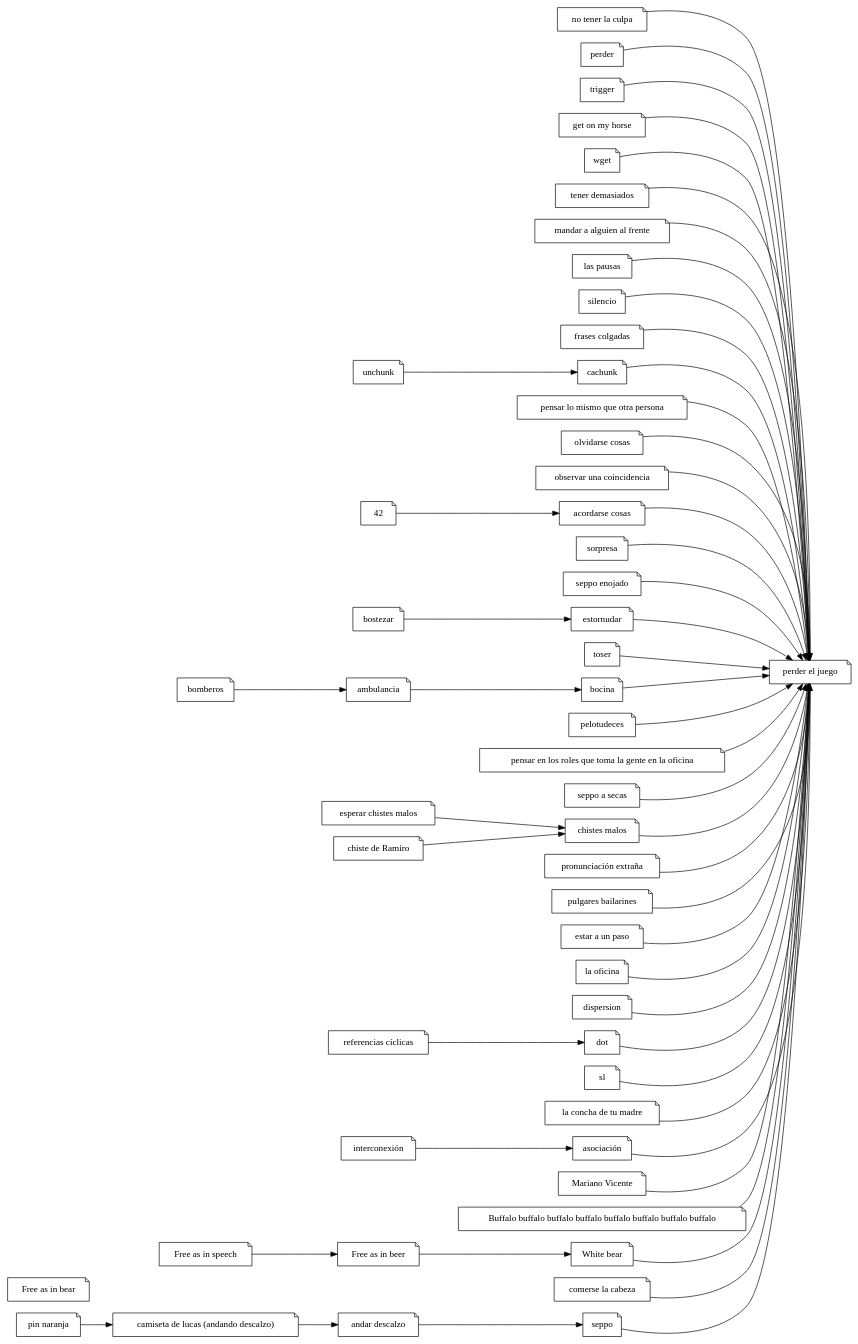
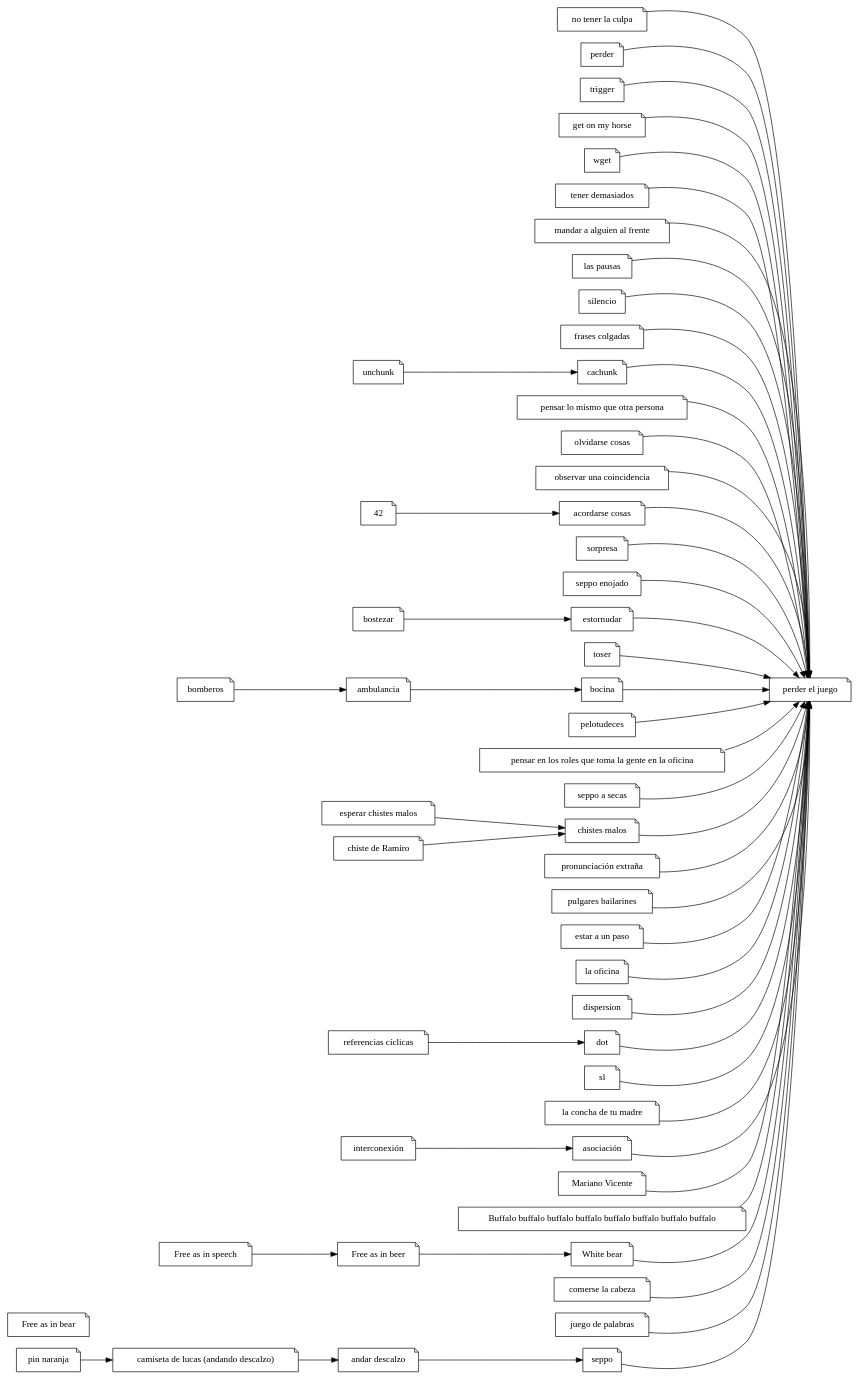
The diagram in ilostthegame.dot (ramiror/ilostthegame), drawn with Graphviz before and after one commit.

Commit message:
juego de palabras

```diff
--- a/ilostthegame.dot
+++ b/ilostthegame.dot
@@ -1,108 +1,110 @@
 digraph
 {
 	rankdir="LR"
 	node [shape="note"]
 
 	pej [label="perder el juego"]
 	"no tener la culpa"
 	"perder"
 	"trigger"
 	"get on my horse"
 	"wget"
 	"tener demasiados"
 	"mandar a alguien al frente"
 	"las pausas"
 	"silencio"
 	"frases colgadas"
 	"cachunk"
 	"pensar lo mismo que otra persona"
 	"olvidarse cosas"
 	"observar una coincidencia"
 	"acordarse cosas"
 	"sorpresa"
 	"seppo enojado"
 	"estornudar"
 	"toser"
 	"bocina"
 	"pelotudeces"
 	roles [label="pensar en los roles que toma la gente en la oficina"]
 	"seppo a secas"
 	"bostezar"
 	"chistes malos"
 	pe [label="pronunciación extraña"]
 	"pulgares bailarines"
 	"estar a un paso"
 	"la oficina"
 	"dispersion"
 	"ambulancia"
 	"esperar chistes malos"
 	"chiste de Ramiro"
 	"unchunk"
 	"andar descalzo"
 	"pin naranja" 
 	dot
 	sl
 	rc [label="referencias cíclicas"]
 	camiseta [label="camiseta de lucas (andando descalzo)"]
 	lcdtm [label="la concha de tu madre"]
 	bomberos
 	int [label="interconexión"]
 	asoc [label="asociación"]
 	mv [label="Mariano Vicente"]
 	buffalo [label="Buffalo buffalo buffalo buffalo buffalo buffalo buffalo buffalo"]
 	fais [label="Free as in speech"]
 	faib [label="Free as in beer"]
 	faibe [label="Free as in bear"]
 	wb [label="White bear"]
 	comecoco [label="comerse la cabeza"]
+	palabras [label="juego de palabras"]
 
 	"perder"                           -> pej
 	"no tener la culpa"                -> pej
 	"trigger"                          -> pej
 	"get on my horse"                  -> pej
 	"wget"                             -> pej
 	"tener demasiados"                 -> pej
 	"mandar a alguien al frente"       -> pej
 	"las pausas"                       -> pej
 	"silencio"                         -> pej
 	"frases colgadas"                  -> pej
 	"cachunk"                          -> pej
 	"pensar lo mismo que otra persona" -> pej
 	"olvidarse cosas"                  -> pej
 	"observar una coincidencia"        -> pej
 	"acordarse cosas"                  -> pej
 	"sorpresa"                         -> pej
 	"seppo enojado"                    -> pej
 	"estornudar"                       -> pej
 	"toser"                            -> pej
 	"bocina"                           -> pej
 	"pelotudeces"                      -> pej
 	roles -> pej
 	"seppo a secas"                    -> pej
 	"chistes malos"                    -> pej
 	pe                                 -> pej
 	"pulgares bailarines"              -> pej
 	"estar a un paso"                  -> pej
 	"la oficina"                       -> pej
 	"dispersion"                       -> pej
 	"seppo"                            -> pej
 	lcdtm                              -> pej
 	asoc                               -> pej
 	mv                                 -> pej
 	dot                                -> pej
 	sl                                 -> pej
 	buffalo                            -> pej
 	comecoco                           -> pej
+	palabras                           -> pej
 
 	bomberos -> "ambulancia" -> "bocina"
 	"esperar chistes malos" -> "chistes malos"
 	"chiste de Ramiro" -> "chistes malos"
 	"unchunk" -> "cachunk"
 	"andar descalzo" -> "seppo"
 	"pin naranja" -> camiseta -> "andar descalzo"
 	int -> asoc
 	"bostezar" -> estornudar
 	42 -> "acordarse cosas"
 	rc -> dot
 	fais -> faib -> wb                 -> pej
 }
```
